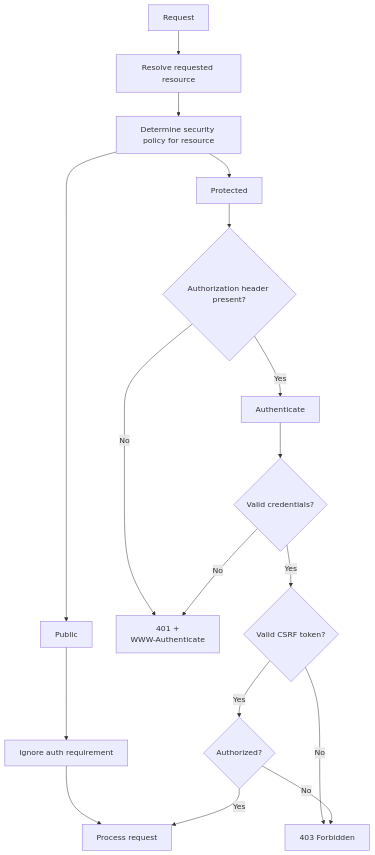
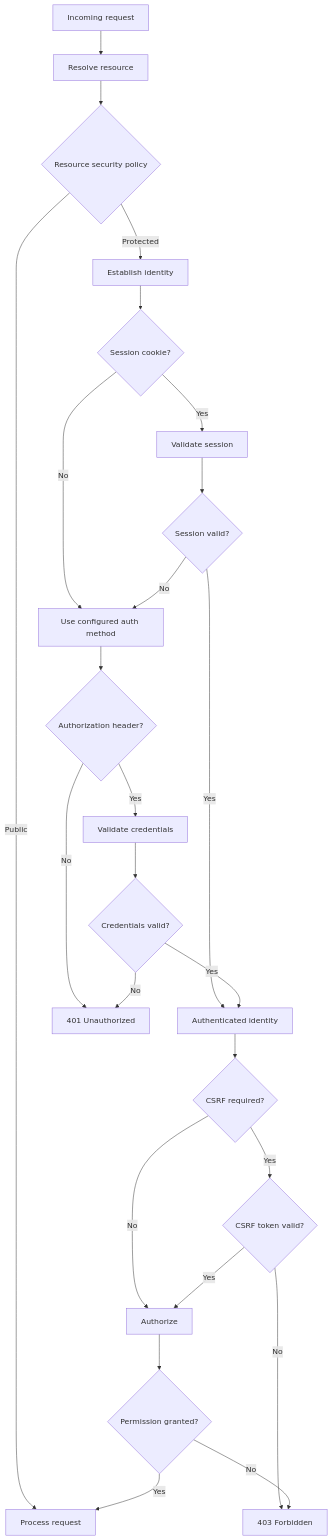
Before and after one commit to szeka9/PyRobusta: the diagram in docs/application_development/security.md, drawn with Mermaid. The commit also changed other lines of this file and 14 other files, not shown here.

````diff
--- a/docs/application_development/security.md
+++ b/docs/application_development/security.md
@@ -203,27 +226,39 @@
 ```mermaid
 flowchart TD
-    A[Request] --> B[Resolve requested resource]
-    B --> C[Determine security policy for resource]
+    A[Incoming request]
 
-    C --> D[Public]
-    C --> E[Protected]
+    A --> B[Resolve resource]
+    B --> C{Resource security policy}
 
-    D --> F[Ignore auth requirement]
-    F --> G[Process request]
+    C -->|Public| Z[Process request]
 
-    E --> H{Authorization header present?}
+    C -->|Protected| D[Establish identity]
 
-    H -->|No| I[401 +<br/>WWW-Authenticate]
-    H -->|Yes| J[Authenticate]
+    D --> E{Session cookie?}
 
-    J --> K{Valid credentials?}
+    E -->|Yes| F[Validate session]
+    E -->|No| G[Use configured auth method]
 
-    K -->|No| I
-    K -->|Yes| L{Valid CSRF token?}
+    F --> H{Session valid?}
+    H -->|Yes| I[Authenticated identity]
+    H -->|No| G
 
-    L -->|No| M[403 Forbidden]
-    L -->|Yes| N{Authorized?}
+    G --> J{Authorization header?}
+    J -->|No| K[401 Unauthorized]
+    J -->|Yes| L[Validate credentials]
 
-    N -->|No| M
-    N -->|Yes| G
+    L --> M{Credentials valid?}
+    M -->|No| K
+    M -->|Yes| I
+
+    I --> N{CSRF required?}
+    N -->|No| O[Authorize]
+    N -->|Yes| P{CSRF token valid?}
+
+    P -->|No| Q[403 Forbidden]
+    P -->|Yes| O
+
+    O --> R{Permission granted?}
+    R -->|Yes| Z
+    R -->|No| Q
 ```
````
